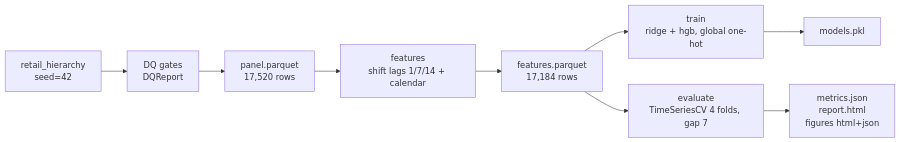
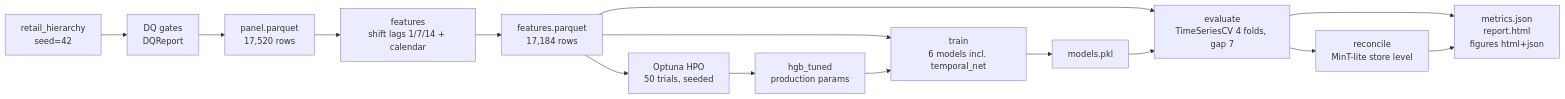
Before and after one commit to amm-ds/portfolio: the diagram in projects/02-demand-forecasting/DESIGN.md, drawn with Mermaid. The commit also changed other lines of this file and 93 other files, not shown here.

Commit message:
feat(projects): wave-3 production depth — Optuna HPO, honest model selection, tuned runs, storytelling visualizations across all 7 projects

````diff
--- a/projects/02-demand-forecasting/DESIGN.md
+++ b/projects/02-demand-forecasting/DESIGN.md
@@ -82,11 +122,16 @@
 ```mermaid
 flowchart LR
     A[retail_hierarchy<br/>seed=42] --> B[DQ gates<br/>DQReport]
     B --> C[panel.parquet<br/>17,520 rows]
     C --> D[features<br/>shift lags 1/7/14 + calendar]
     D --> E[features.parquet<br/>17,184 rows]
-    E --> F[train<br/>ridge + hgb, global one-hot]
+    E --> HPO[Optuna HPO<br/>50 trials, seeded] --> CFG[hgb_tuned<br/>production params]
+    E --> F[train<br/>6 models incl. temporal_net]
+    CFG --> F
     F --> G[models.pkl]
     E --> H[evaluate<br/>TimeSeriesCV 4 folds, gap 7]
+    G --> H
     H --> I[metrics.json<br/>report.html<br/>figures html+json]
+    H --> REC[reconcile<br/>MinT-lite store level]
+    REC --> I
 ```
````
